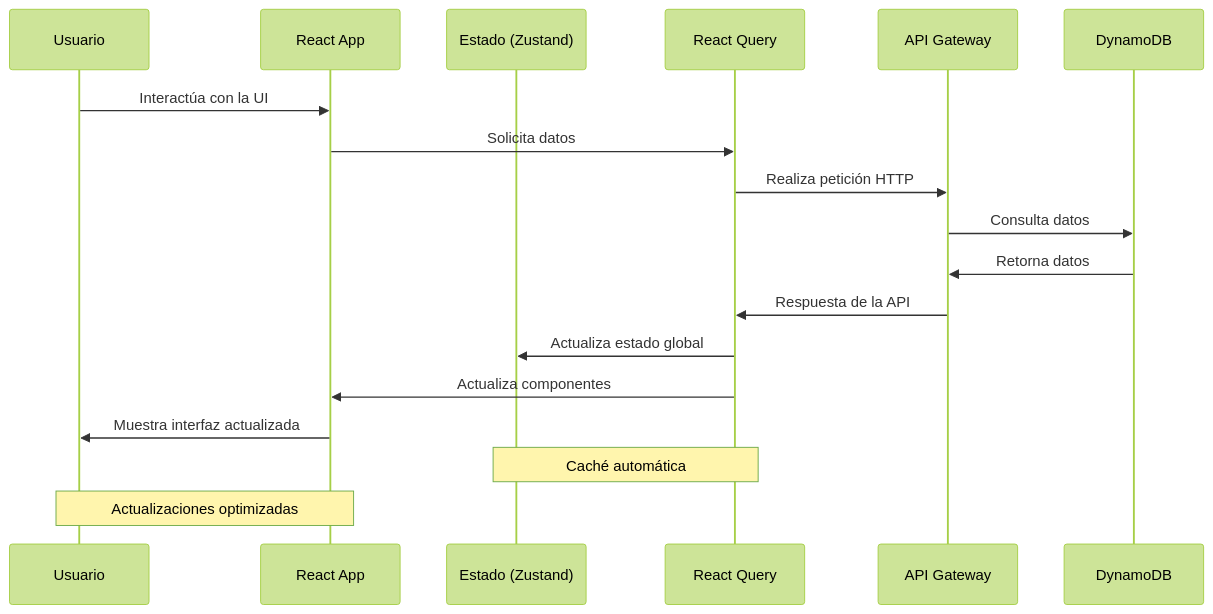
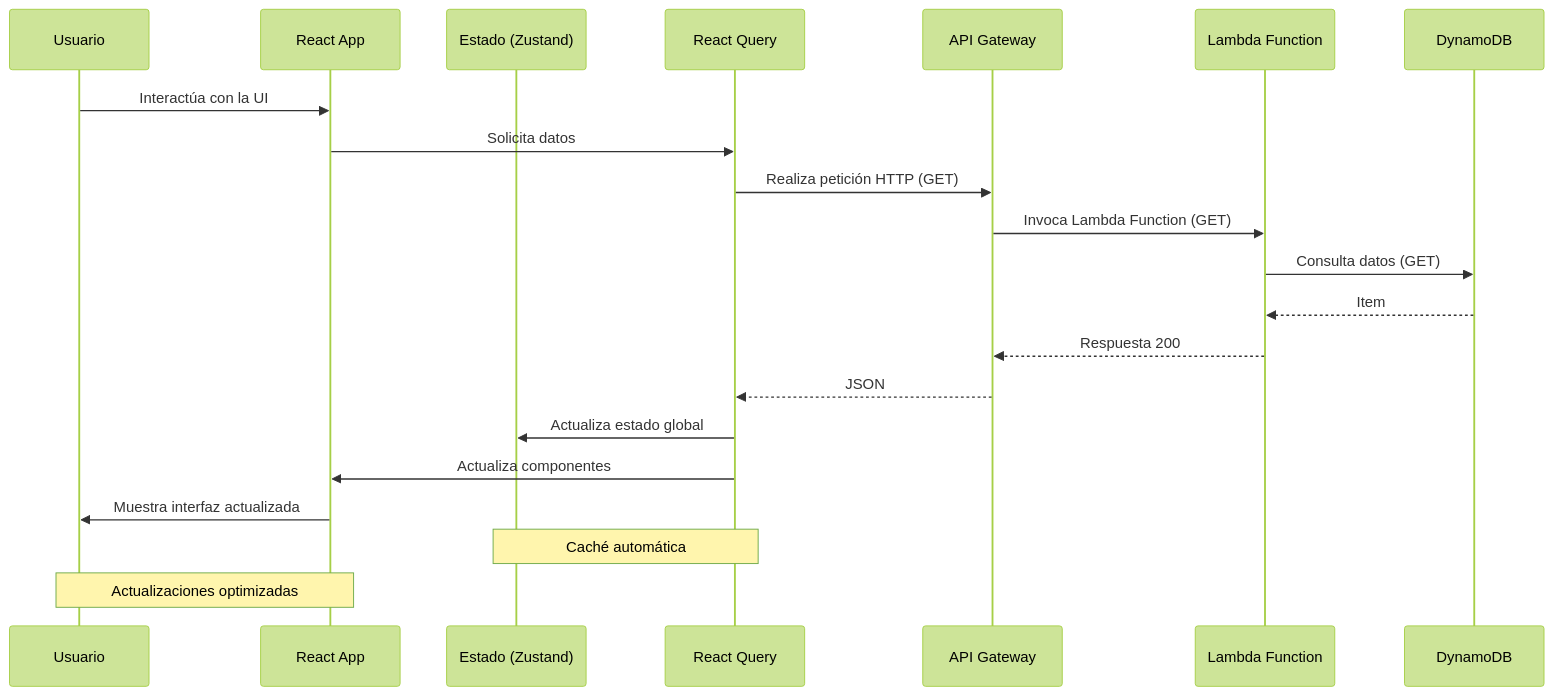
The second of 2 diagrams in frontend/README.md (SebastianBC09/spacex-launch-dashboard), drawn with Mermaid (forest theme) before and after one commit. The commit also changed other lines of this file, not shown here.

````diff
--- a/frontend/README.md
+++ b/frontend/README.md
@@ -243,22 +327,25 @@
 ```mermaid
 sequenceDiagram
     participant U as Usuario
     participant R as React App
     participant Z as Estado (Zustand)
     participant Q as React Query
     participant A as API Gateway
+    participant L as Lambda Function
     participant D as DynamoDB
 
     U->>R: Interactúa con la UI
     R->>Q: Solicita datos
-    Q->>A: Realiza petición HTTP
-    A->>D: Consulta datos
-    D->>A: Retorna datos
-    A->>Q: Respuesta de la API
+    Q->>A: Realiza petición HTTP (GET)
+    A->>L: Invoca Lambda Function (GET)
+    L->>D: Consulta datos (GET)
+    D-->>L: Item
+    L-->>A: Respuesta 200
+    A-->>Q: JSON
     Q->>Z: Actualiza estado global
     Q->>R: Actualiza componentes
     R->>U: Muestra interfaz actualizada
 
     Note over Q,Z: Caché automática
     Note over R,U: Actualizaciones optimizadas
 ```
````
